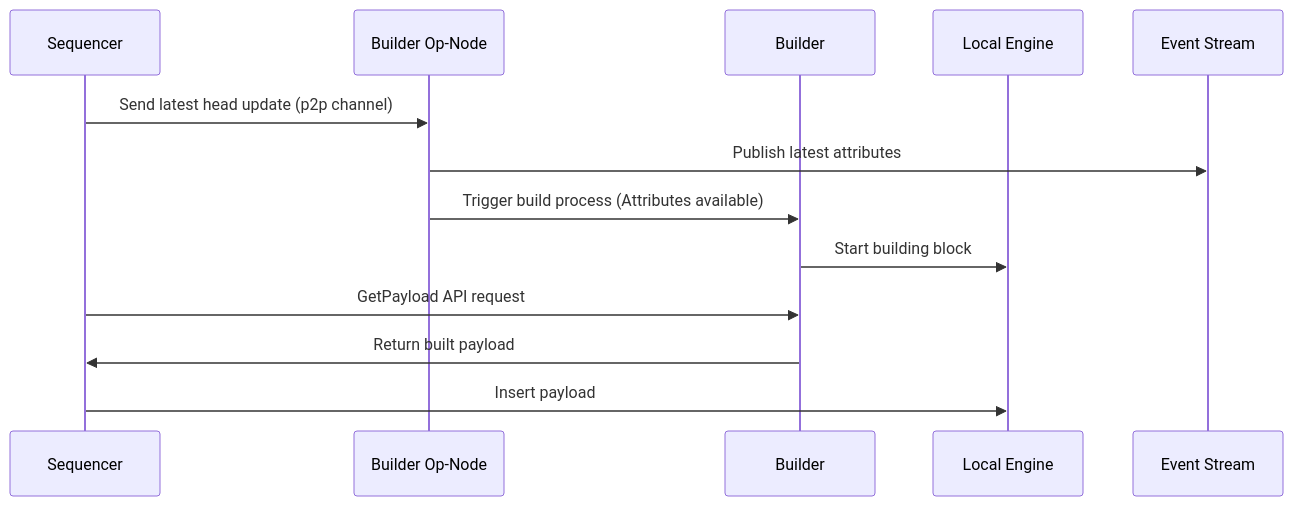
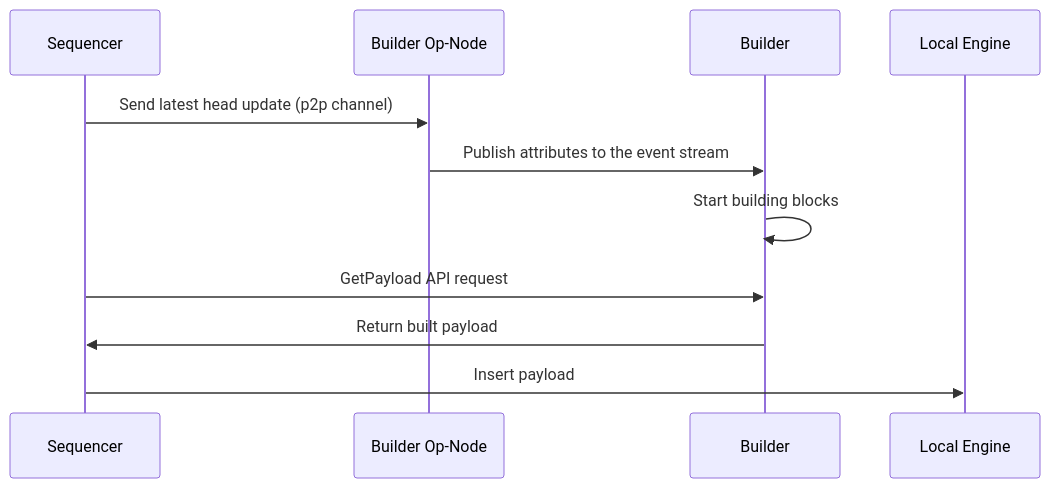
The diagram in README.md (flashbots/op-geth), drawn with Mermaid before and after one commit.

Commit message:
fix mermaid diagram

````diff
--- a/README.md
+++ b/README.md
@@ -28,16 +28,15 @@
 ```mermaid
 
 sequenceDiagram
     participant Sequencer
     participant Builder Op-Node
     participant Builder
     participant Local Engine
 
     Sequencer->>Builder Op-Node: Send latest head update (p2p channel)
-    Builder Op-Node->>Event Stream: Publish latest attributes
-    Builder Op-Node->>Builder: Trigger build process (Attributes available)
-    Builder->>Local Engine: Start building block
+    Builder Op-Node->>Builder: Publish attributes to the event stream
+    Builder->>Builder: Start building blocks
     Sequencer->>Builder: GetPayload API request
     Builder->>Sequencer: Return built payload
     Sequencer->>Local Engine: Insert payload
 ```
````
